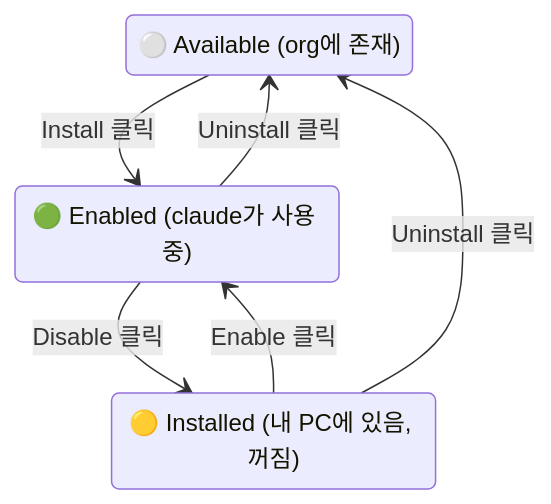
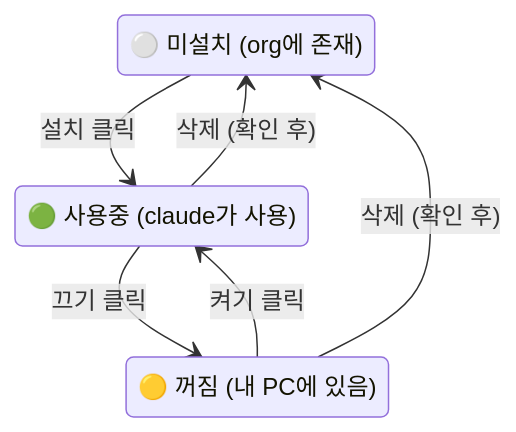
One commit to ageokim/plugin_cafe changed the seventh of 8 diagrams in docs/Scenario.md. Above: the diagram before and after it, drawn with Mermaid. The commit also changed other lines of this file and 1 other file, not shown here.

````diff
--- a/docs/Scenario.md
+++ b/docs/Scenario.md
@@ -231,12 +236,12 @@
 ```mermaid
 stateDiagram-v2
-    Available: ⚪ Available (org에 존재)
-    Installed: 🟡 Installed (내 PC에 있음, 꺼짐)
-    Enabled: 🟢 Enabled (claude가 사용 중)
+    Available: ⚪ 미설치 (org에 존재)
+    Installed: 🟡 꺼짐 (내 PC에 있음)
+    Enabled: 🟢 사용중 (claude가 사용)
 
-    Available --> Enabled : Install 클릭
-    Enabled --> Installed : Disable 클릭
-    Installed --> Enabled : Enable 클릭
-    Installed --> Available : Uninstall 클릭
-    Enabled --> Available : Uninstall 클릭
+    Available --> Enabled : 설치 클릭
+    Enabled --> Installed : 끄기 클릭
+    Installed --> Enabled : 켜기 클릭
+    Installed --> Available : 삭제 (확인 후)
+    Enabled --> Available : 삭제 (확인 후)
 ```
````
